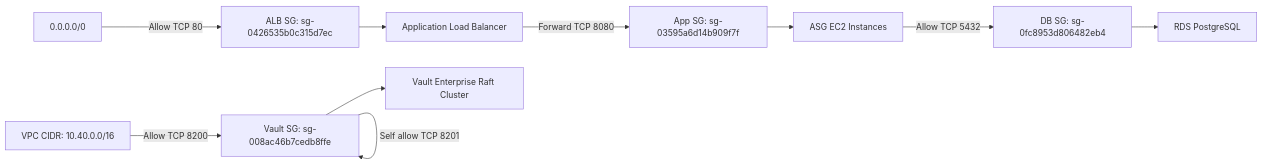
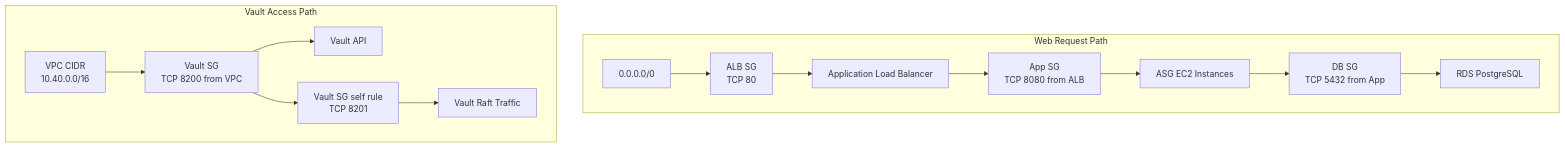
One commit to Byeongwook-Heo/Hashicorp- changed the fourth of 5 diagrams in docs/architecture.md. Above: the diagram before and after it, drawn with Mermaid. The commit also changed other lines of this file, not shown here.

Commit message:
Refine architecture diagrams

````diff
--- a/docs/architecture.md
+++ b/docs/architecture.md
@@ -93,23 +114,24 @@
 ```mermaid
-flowchart LR
-  INTERNET["0.0.0.0/0"]
-  ALBSG["ALB SG: sg-0426535b0c315d7ec"]
-  APPSG["App SG: sg-03595a6d14b909f7f"]
-  DBSG["DB SG: sg-0fc8953d806482eb4"]
-  VAULTSG["Vault SG: sg-008ac46b7cedb8ffe"]
-  VPC["VPC CIDR: 10.40.0.0/16"]
-  ALB["Application Load Balancer"]
-  APP["ASG EC2 Instances"]
-  DB["RDS PostgreSQL"]
-  VAULT["Vault Enterprise Raft Cluster"]
+flowchart TB
+  subgraph WEB["Web Request Path"]
+    INTERNET["0.0.0.0/0"]
+    ALBSG["ALB SG\nTCP 80"]
+    ALB["Application Load Balancer"]
+    APPSG["App SG\nTCP 8080 from ALB"]
+    APP["ASG EC2 Instances"]
+    DBSG["DB SG\nTCP 5432 from App"]
+    DB["RDS PostgreSQL"]
+  end
 
-  INTERNET -->|"Allow TCP 80"| ALBSG
-  ALBSG --> ALB
-  ALB -->|"Forward TCP 8080"| APPSG
-  APPSG --> APP
-  APP -->|"Allow TCP 5432"| DBSG
-  DBSG --> DB
-  VPC -->|"Allow TCP 8200"| VAULTSG
-  VAULTSG --> VAULT
-  VAULTSG -->|"Self allow TCP 8201"| VAULTSG
+  subgraph VAULTPATH["Vault Access Path"]
+    VPC["VPC CIDR\n10.40.0.0/16"]
+    VAULTSG["Vault SG\nTCP 8200 from VPC"]
+    VAULTAPI["Vault API"]
+    RAFTSG["Vault SG self rule\nTCP 8201"]
+    RAFT["Vault Raft Traffic"]
+  end
+
+  INTERNET --> ALBSG --> ALB --> APPSG --> APP --> DBSG --> DB
+  VPC --> VAULTSG --> VAULTAPI
+  VAULTSG --> RAFTSG --> RAFT
 ```
````
